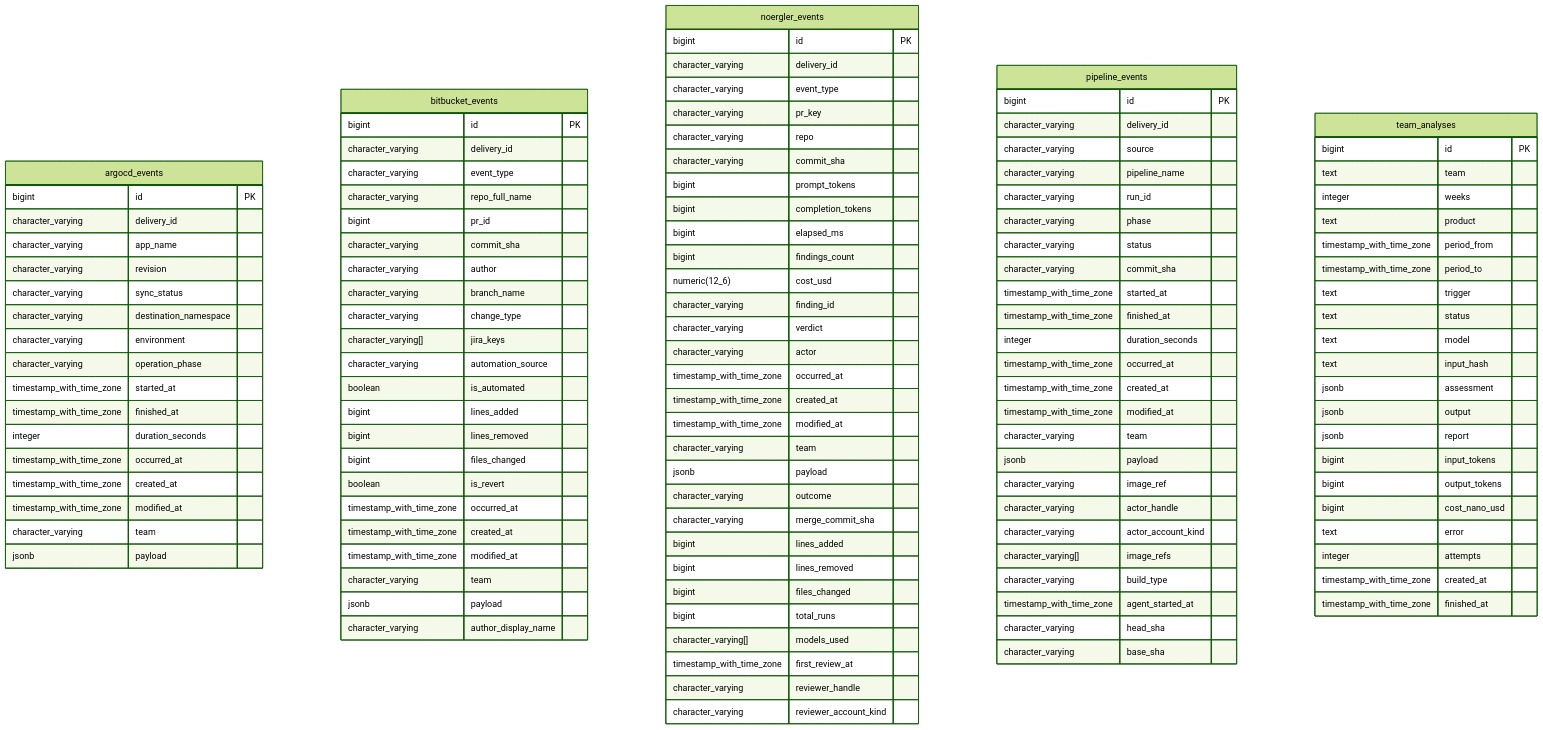
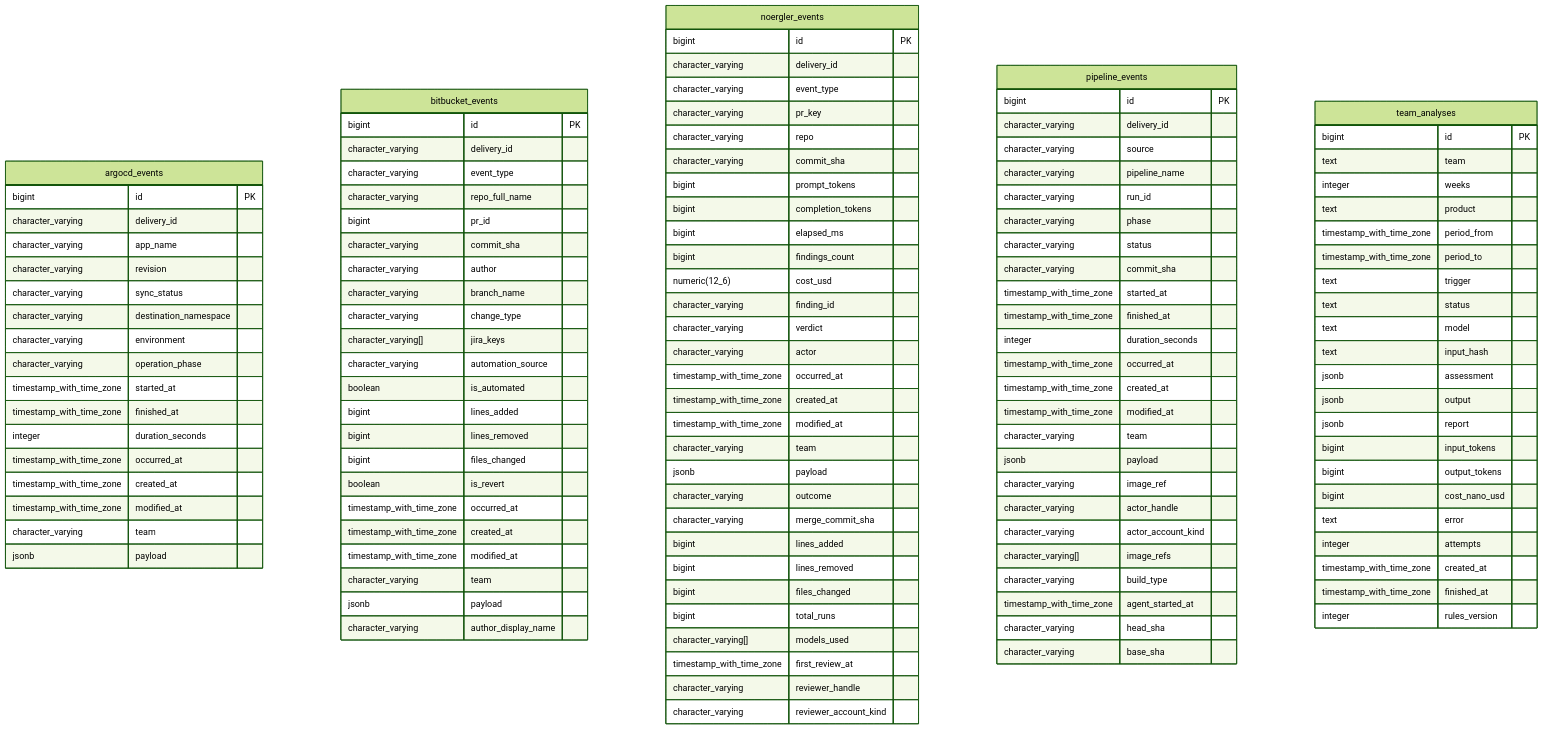
The diagram in docs/schema.md (trick77/riptide), drawn with Mermaid (forest theme) before and after one commit. The commit also changed other lines of this file and 21 other files, not shown here.

````diff
--- a/docs/schema.md
+++ b/docs/schema.md
@@ -336,5 +337,6 @@
         integer attempts
         timestamp_with_time_zone created_at
         timestamp_with_time_zone finished_at
+        integer rules_version
     }
 ```
````
